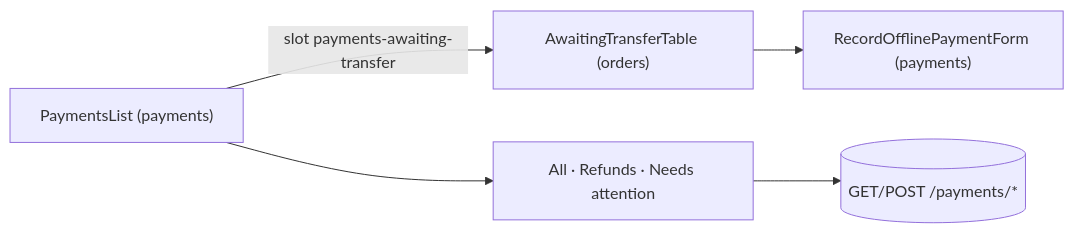
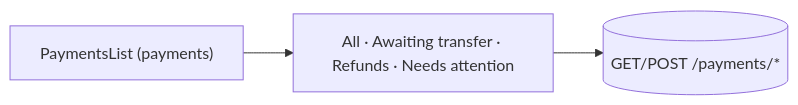
Before and after one commit to Guebbit/boilerplate-vue-frontend: the second of 2 diagrams in docs/modules/payments.md, drawn with Mermaid. The commit also changed other lines of this file and 22 other files, not shown here.

First line of the commit message:
feat(payments): read the awaiting tab from the payments list

````diff
--- a/docs/modules/payments.md
+++ b/docs/modules/payments.md
@@ -100,7 +100,5 @@
 ```mermaid
 flowchart LR
-    page["PaymentsList (payments)"] -->|"slot payments-awaiting-transfer"| slot["AwaitingTransferTable (orders)"]
-    slot --> form["RecordOfflinePaymentForm (payments)"]
-    page --> all["All · Refunds · Needs attention"]
+    page["PaymentsList (payments)"] --> all["All · Awaiting transfer · Refunds · Needs attention"]
     all --> api[("GET/POST /payments/*")]
 ```
````
